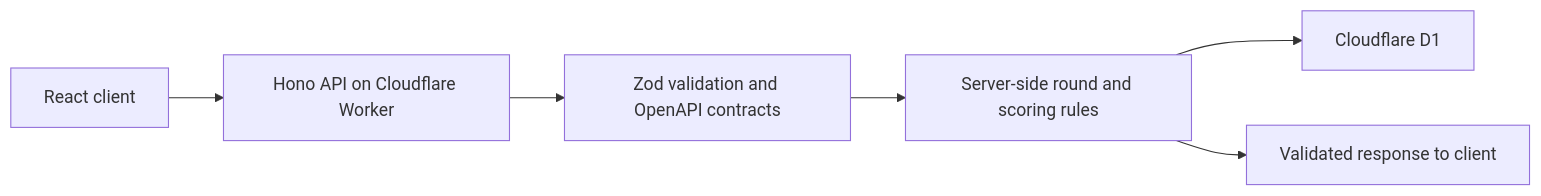
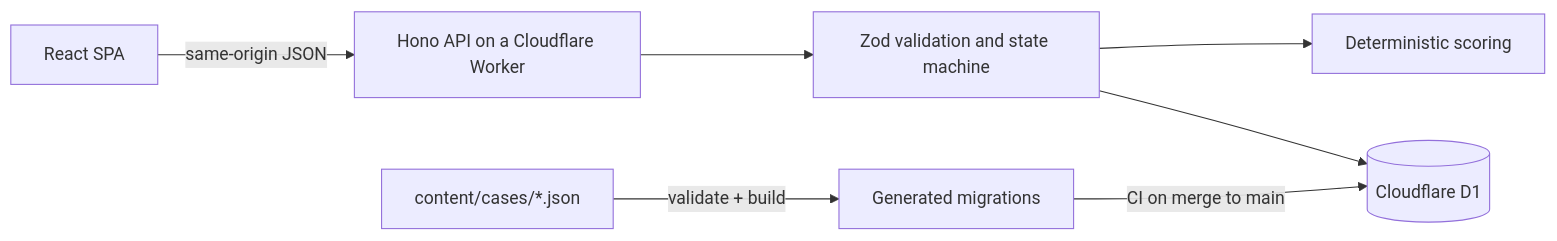
Before and after one commit to WhiteBlindness/roundcraft: the diagram in README.md, drawn with Mermaid. The commit also changed other lines of this file and 1 other file, not shown here.

First line of the commit message:
Document closed-beta architecture and status

````diff
--- a/README.md
+++ b/README.md
@@ -15,8 +33,9 @@
 ```mermaid
 flowchart LR
-    A[React client] --> B[Hono API on Cloudflare Worker]
-    B --> C[Zod validation and OpenAPI contracts]
-    C --> D[Server-side round and scoring rules]
-    D --> E[Cloudflare D1]
-    D --> F[Validated response to client]
+    A[React SPA] -->|same-origin JSON| B[Hono API on a Cloudflare Worker]
+    B --> C[Zod validation and state machine]
+    C --> D[Deterministic scoring]
+    C --> E[(Cloudflare D1)]
+    F[content/cases/*.json] -->|validate + build| G[Generated migrations]
+    G -->|CI on merge to main| E
 ```
````
